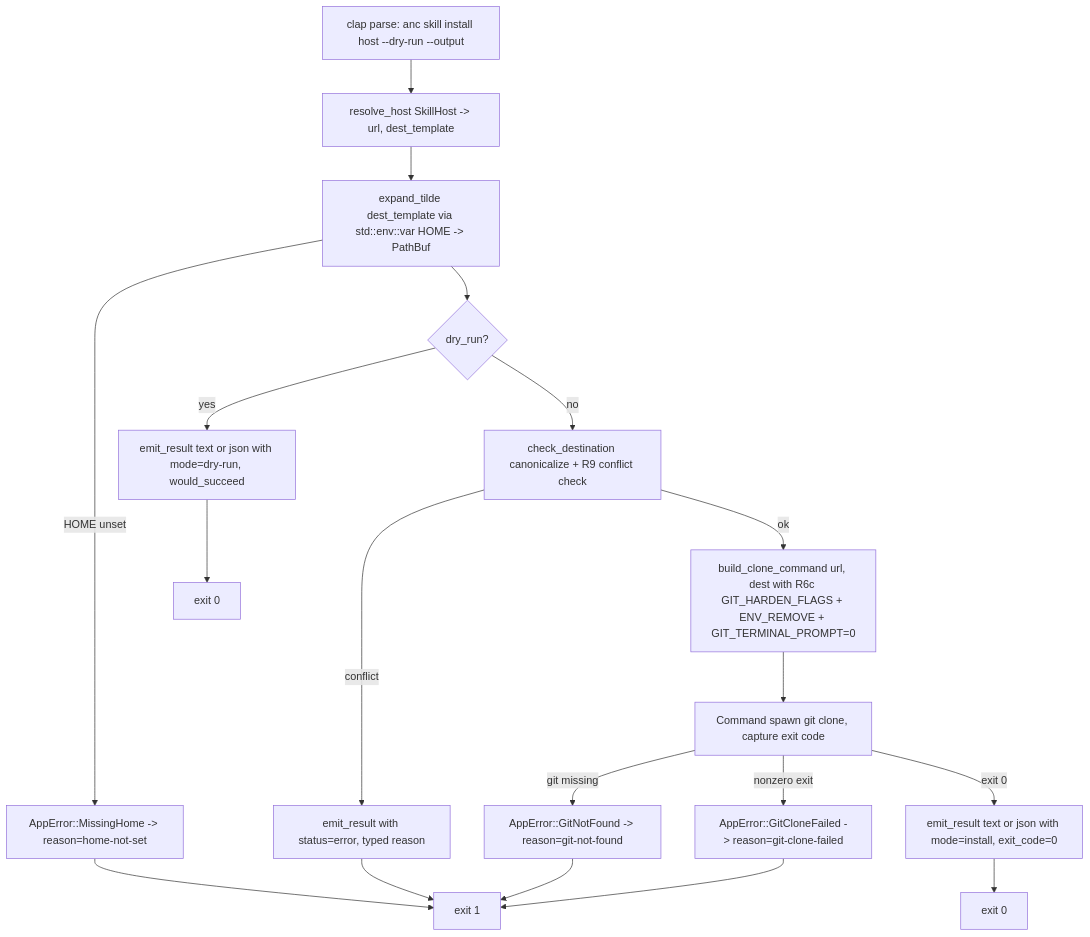
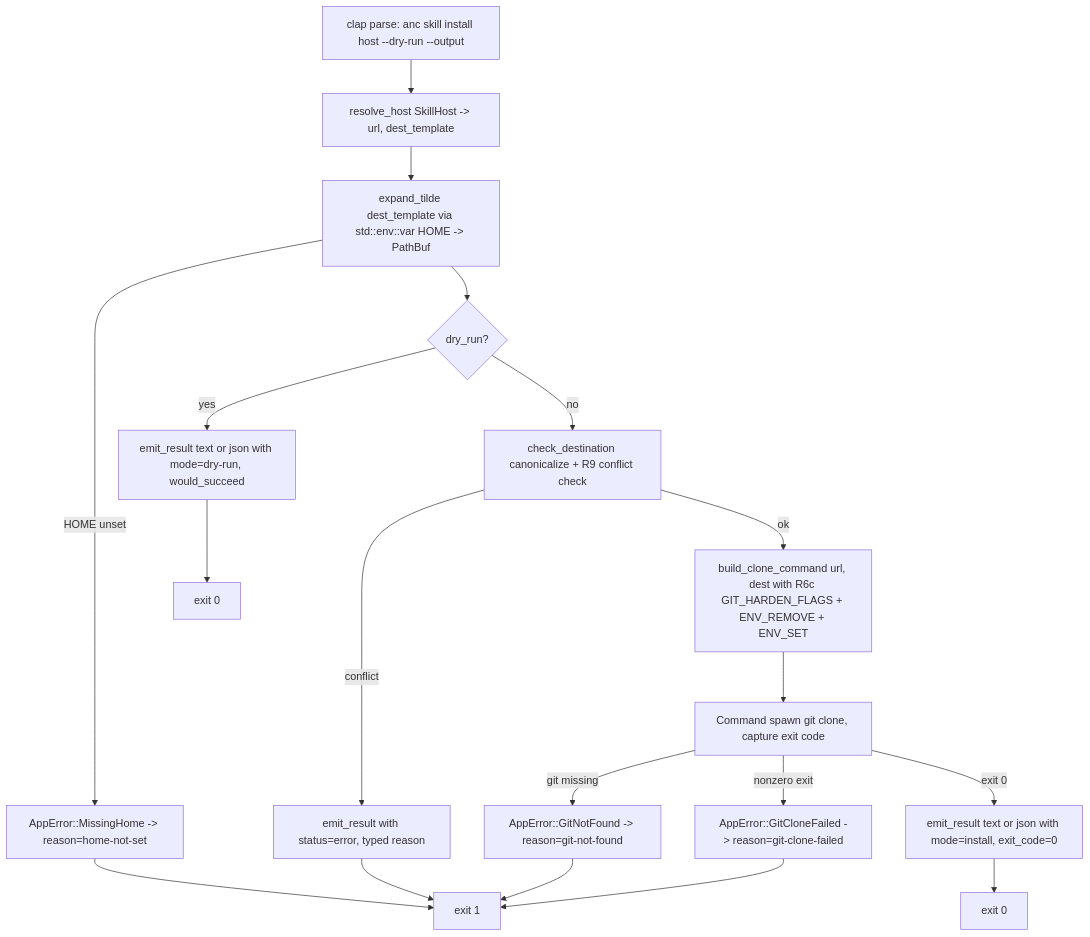
The diagram in docs/plans/2026-04-29-002-feat-skill-subcommand-plan.md (brettdavies/agentnative-cli), drawn with Mermaid before and after one commit. The commit also changed other lines of this file, not shown here.

````diff
--- a/docs/plans/2026-04-29-002-feat-skill-subcommand-plan.md
+++ b/docs/plans/2026-04-29-002-feat-skill-subcommand-plan.md
@@ -266,21 +278,21 @@
 ```mermaid
 flowchart TD
     A["clap parse: anc skill install host --dry-run --output"] --> B["resolve_host SkillHost -> url, dest_template"]
     B --> C["expand_tilde dest_template via std::env::var HOME -> PathBuf"]
     C -->|HOME unset| Z1["AppError::MissingHome -> reason=home-not-set"]
     C --> D{"dry_run?"}
     D -->|yes| E["emit_result text or json with mode=dry-run, would_succeed"]
     D -->|no| F["check_destination canonicalize + R9 conflict check"]
     F -->|conflict| G["emit_result with status=error, typed reason"]
-    F -->|ok| H["build_clone_command url, dest with R6c GIT_HARDEN_FLAGS + ENV_REMOVE + GIT_TERMINAL_PROMPT=0"]
+    F -->|ok| H["build_clone_command url, dest with R6c GIT_HARDEN_FLAGS + ENV_REMOVE + ENV_SET"]
     H --> I["Command spawn git clone, capture exit code"]
     I -->|git missing| Z2["AppError::GitNotFound -> reason=git-not-found"]
     I -->|nonzero exit| Z3["AppError::GitCloneFailed -> reason=git-clone-failed"]
     I -->|exit 0| J["emit_result text or json with mode=install, exit_code=0"]
     E --> K["exit 0"]
     G --> L["exit 1"]
     J --> M["exit 0"]
     Z1 --> L
     Z2 --> L
     Z3 --> L
 ```
````
